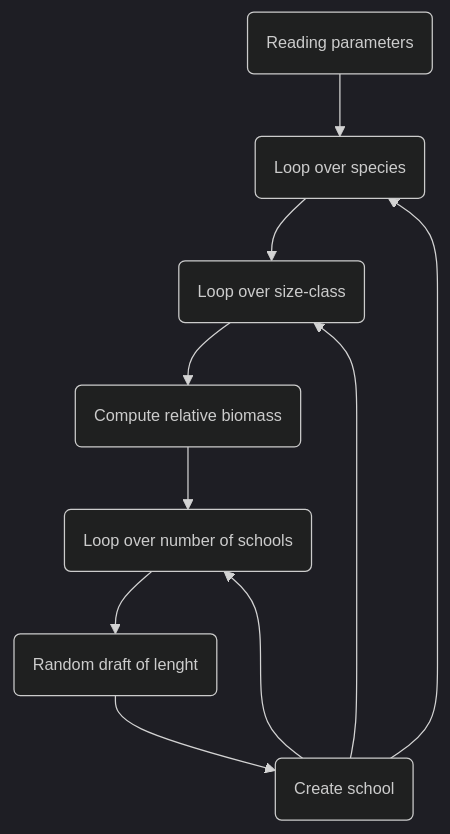
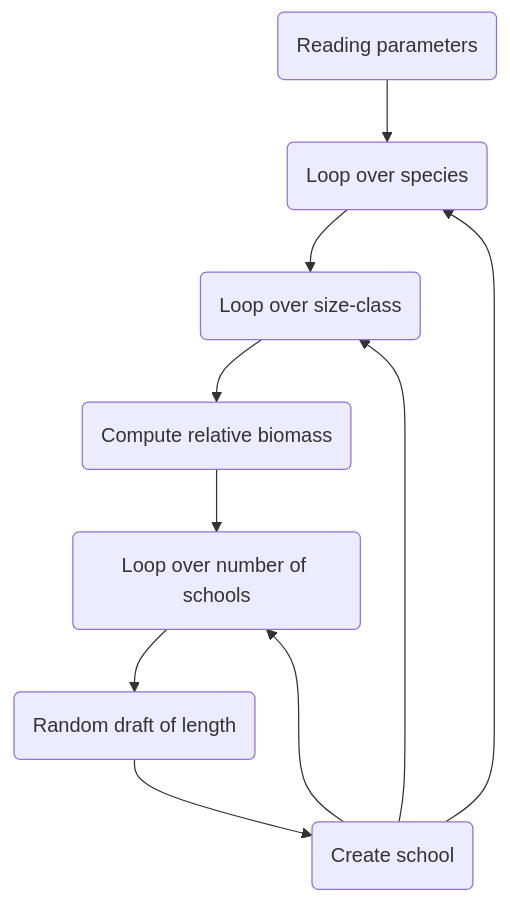
One commit to osmose-model/osmose changed the diagram in doc/odd_des/_static/mermaid/init_biomass.qmd. Above: the diagram before and after it, drawn with Mermaid. The commit also changed 7 other files, not shown here.

````diff
--- a/doc/odd_des/_static/mermaid/init_biomass.qmd
+++ b/doc/odd_des/_static/mermaid/init_biomass.qmd
@@ -1,16 +1,17 @@
 ```{mermaid}
 %%| fig-align: "center"
-%%{init: {'theme': 'dark', 'themeVariables': { 'fontSize': '13px'}}}%%
+%%| fig-cap: "Initialization using relative biomass"
+%%| label: fig-init-relbiom
 
 graph TD;
 
     id0("Reading parameters") --> id1
     id1("Loop over species") --> id2("Loop over size-class")
     id2 --> id3("Compute relative biomass")
     id3 --> id4("Loop over number of schools")
-    id4 --> id5("Random draft of lenght")
+    id4 --> id5("Random draft of length")
     id5 --> id6("Create school")
     id6 --> id4
     id6 --> id2
     id6 --> id1
 ```
````
